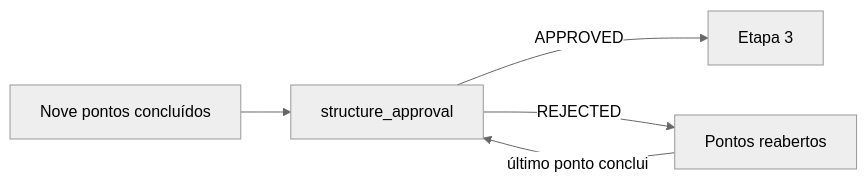
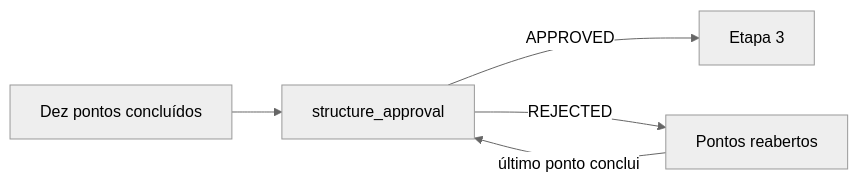
One commit to pivma-bracvam/pivma-back changed the fourth of 4 diagrams in manual/explicacao/modelo-de-processo.md. Above: the diagram before and after it, drawn with Mermaid (neutral theme). The commit also changed other lines of this file and 46 other files, not shown here.

````diff
--- a/manual/explicacao/modelo-de-processo.md
+++ b/manual/explicacao/modelo-de-processo.md
@@ -91,7 +93,7 @@
 ```mermaid
 flowchart LR
-    P[Nove pontos concluídos] --> H[structure_approval]
+    P[Dez pontos concluídos] --> H[structure_approval]
     H -->|APPROVED| E3[Etapa 3]
     H -->|REJECTED| R[Pontos reabertos]
     R -->|último ponto conclui| H
 ```
````
